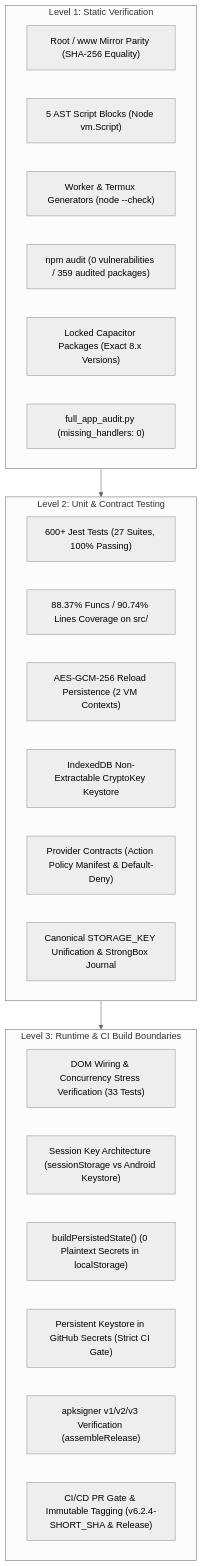
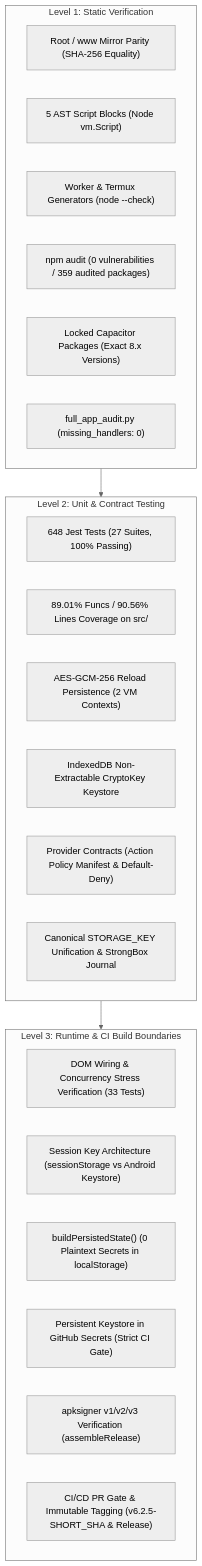
The first of 2 diagrams in AUDIT_REPORT.md (dicardotr46-max/EG-Nexus-OS), drawn with Mermaid (neutral theme) before and after one commit. The commit also changed other lines of this file and 29 other files, not shown here.

````diff
--- a/AUDIT_REPORT.md
+++ b/AUDIT_REPORT.md
@@ -21,32 +21,32 @@
 ```mermaid
 flowchart TD
     subgraph LEVEL_1["Level 1: Static Verification"]
         PARITY["Root / www Mirror Parity (SHA-256 Equality)"]
         AST["5 AST Script Blocks (Node vm.Script)"]
         TMPL["Worker & Termux Generators (node --check)"]
         NPM["npm audit (0 vulnerabilities / 359 audited packages)"]
         PINS["Locked Capacitor Packages (Exact 8.x Versions)"]
         PARSER["full_app_audit.py (missing_handlers: 0)"]
     end
 
     subgraph LEVEL_2["Level 2: Unit & Contract Testing"]
-        JEST["600+ Jest Tests (27 Suites, 100% Passing)"]
-        COV["88.37% Funcs / 90.74% Lines Coverage on src/"]
+        JEST["648 Jest Tests (27 Suites, 100% Passing)"]
+        COV["89.01% Funcs / 90.56% Lines Coverage on src/"]
         RELOAD["AES-GCM-256 Reload Persistence (2 VM Contexts)"]
         IDB_KEY["IndexedDB Non-Extractable CryptoKey Keystore"]
         PROVIDER["Provider Contracts (Action Policy Manifest & Default-Deny)"]
         STORAGE_UNIF["Canonical STORAGE_KEY Unification & StrongBox Journal"]
     end
 
     subgraph LEVEL_3["Level 3: Runtime & CI Build Boundaries"]
         DOM_WIRING["DOM Wiring & Concurrency Stress Verification (33 Tests)"]
         SESSION["Session Key Architecture (sessionStorage vs Android Keystore)"]
         STRIP["buildPersistedState() (0 Plaintext Secrets in localStorage)"]
         SECRETS_GATE["Persistent Keystore in GitHub Secrets (Strict CI Gate)"]
         SIGN["apksigner v1/v2/v3 Verification (assembleRelease)"]
-        GATE["CI/CD PR Gate & Immutable Tagging (v6.2.4-SHORT_SHA & Release)"]
+        GATE["CI/CD PR Gate & Immutable Tagging (v6.2.5-SHORT_SHA & Release)"]
     end
 
     LEVEL_1 --> LEVEL_2
     LEVEL_2 --> LEVEL_3
 ```
````
